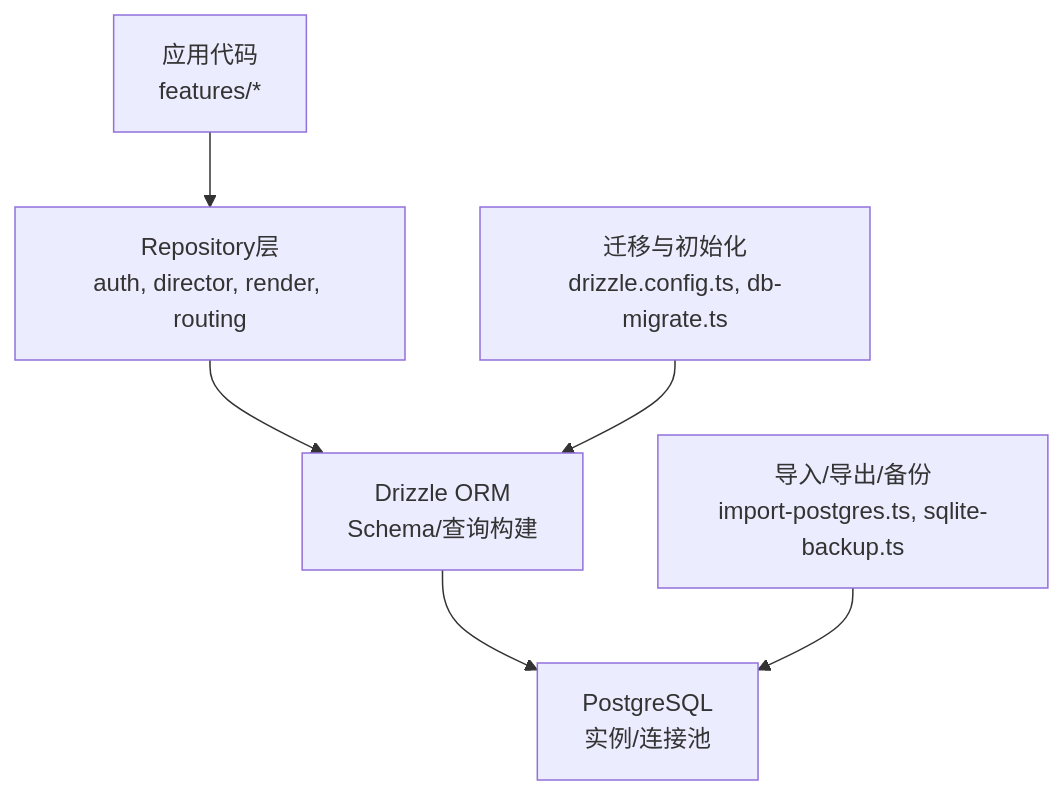
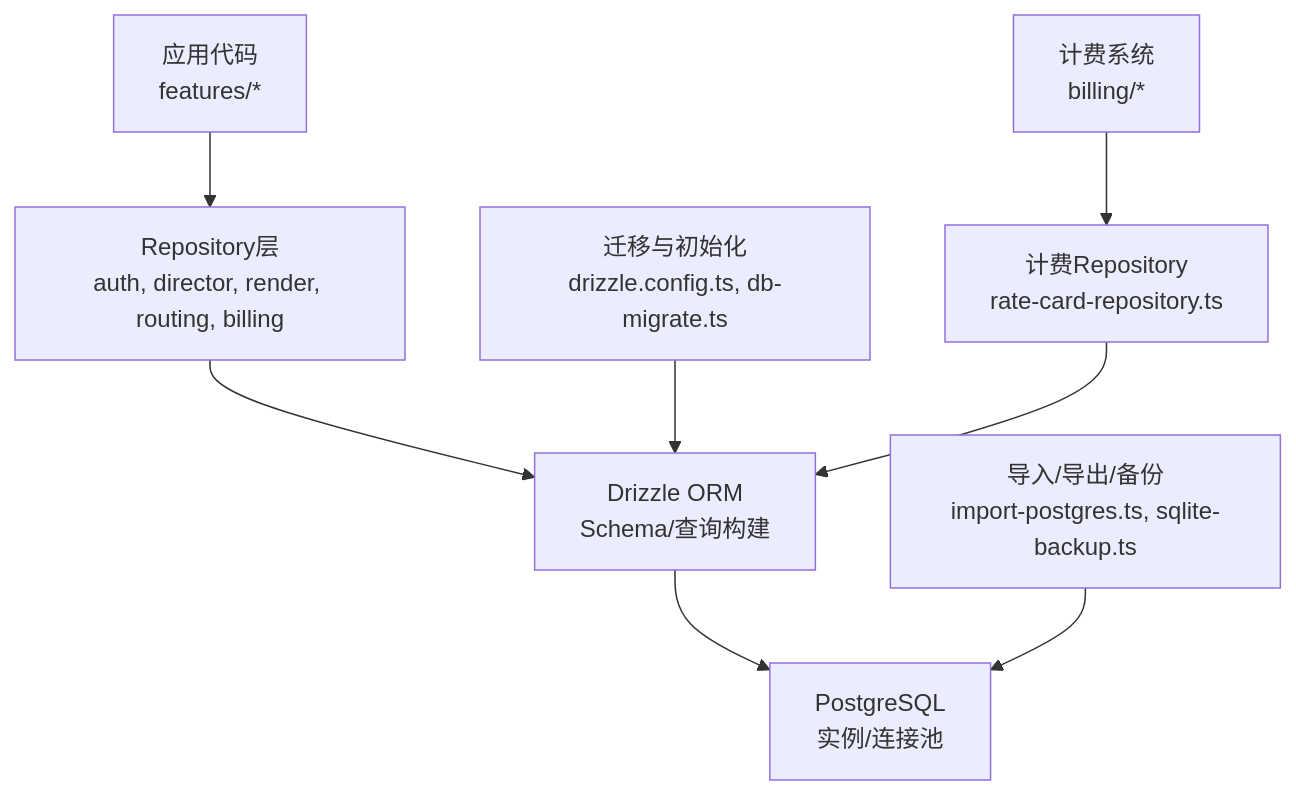
Before and after one commit to scottcwy/PurpleInk: the first of 12 diagrams in .qoder/repowiki/zh/content/数据库设计/数据库设计.md, drawn with Mermaid. The commit also changed other lines of this file and 109 other files, not shown here.

````diff
--- a/.qoder/repowiki/zh/content/数据库设计/数据库设计.md
+++ b/.qoder/repowiki/zh/content/数据库设计/数据库设计.md
@@ -48,8 +67,10 @@
 ```mermaid
 graph TB
-A["应用代码<br/>features/*"] --> B["Repository层<br/>auth, director, render, routing"]
+A["应用代码<br/>features/*"] --> B["Repository层<br/>auth, director, render, routing, billing"]
 B --> C["Drizzle ORM<br/>Schema/查询构建"]
 C --> D["PostgreSQL<br/>实例/连接池"]
 E["迁移与初始化<br/>drizzle.config.ts, db-migrate.ts"] --> C
 F["导入/导出/备份<br/>import-postgres.ts, sqlite-backup.ts"] --> D
+G["计费系统<br/>billing/*"] --> H["计费Repository<br/>rate-card-repository.ts"]
+H --> C
 ```
````
